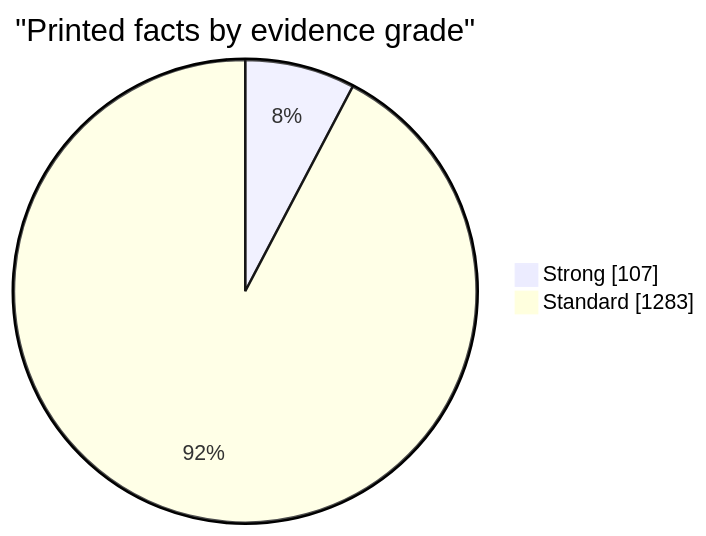
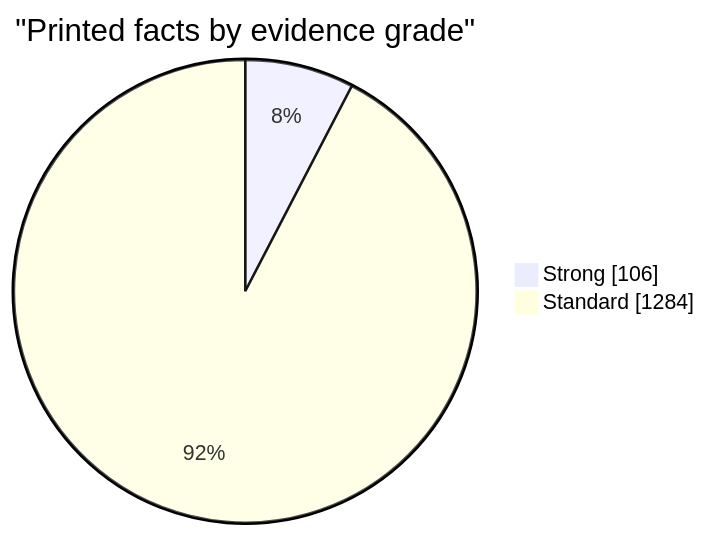
The first of 5 diagrams in docs/evidence.md (EU27-data-sovereignty/eu27-data-sovereignty), drawn with Mermaid before and after one commit. The commit also changed other lines of this file and 14 other files, not shown here.

````diff
--- a/docs/evidence.md
+++ b/docs/evidence.md
@@ -18,6 +18,6 @@
 ```mermaid
 pie showData
   title "Printed facts by evidence grade"
-  "Strong" : 107
-  "Standard" : 1283
+  "Strong" : 106
+  "Standard" : 1284
 ```
````
